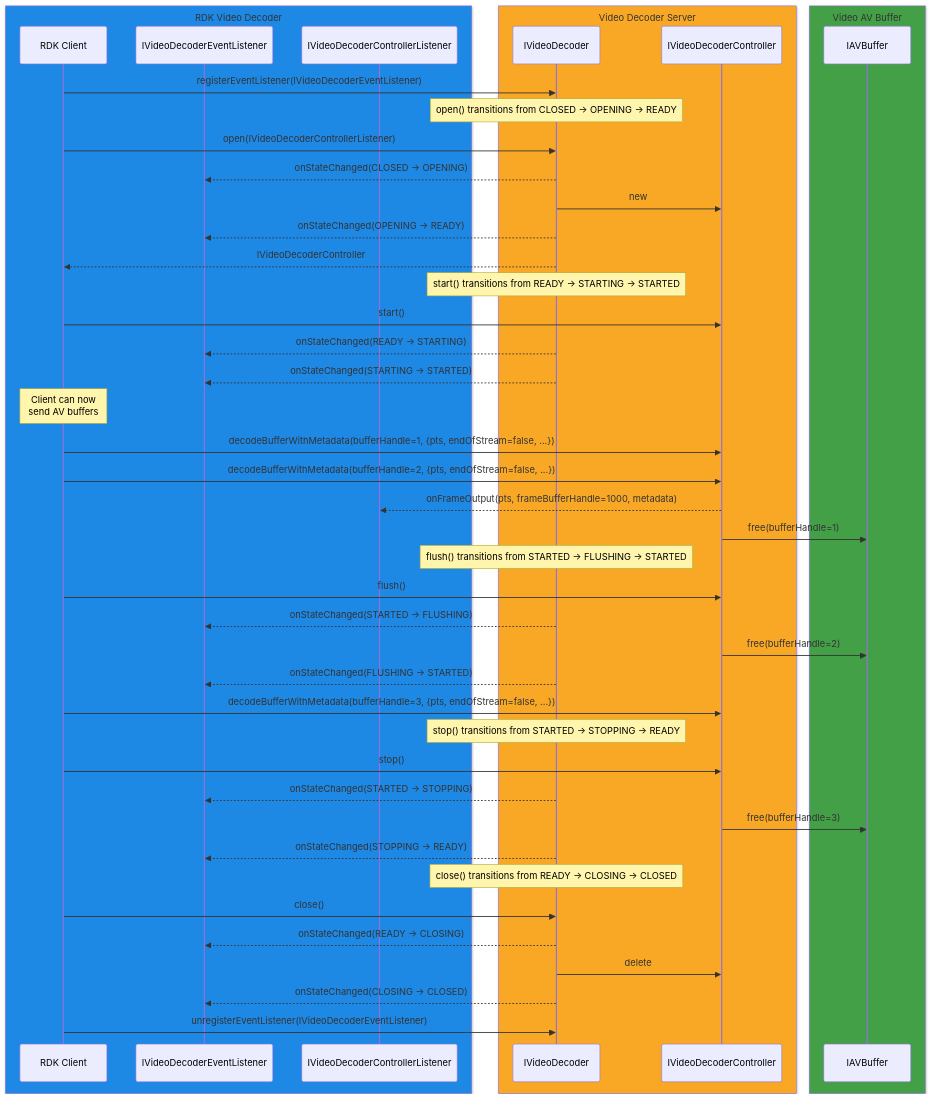
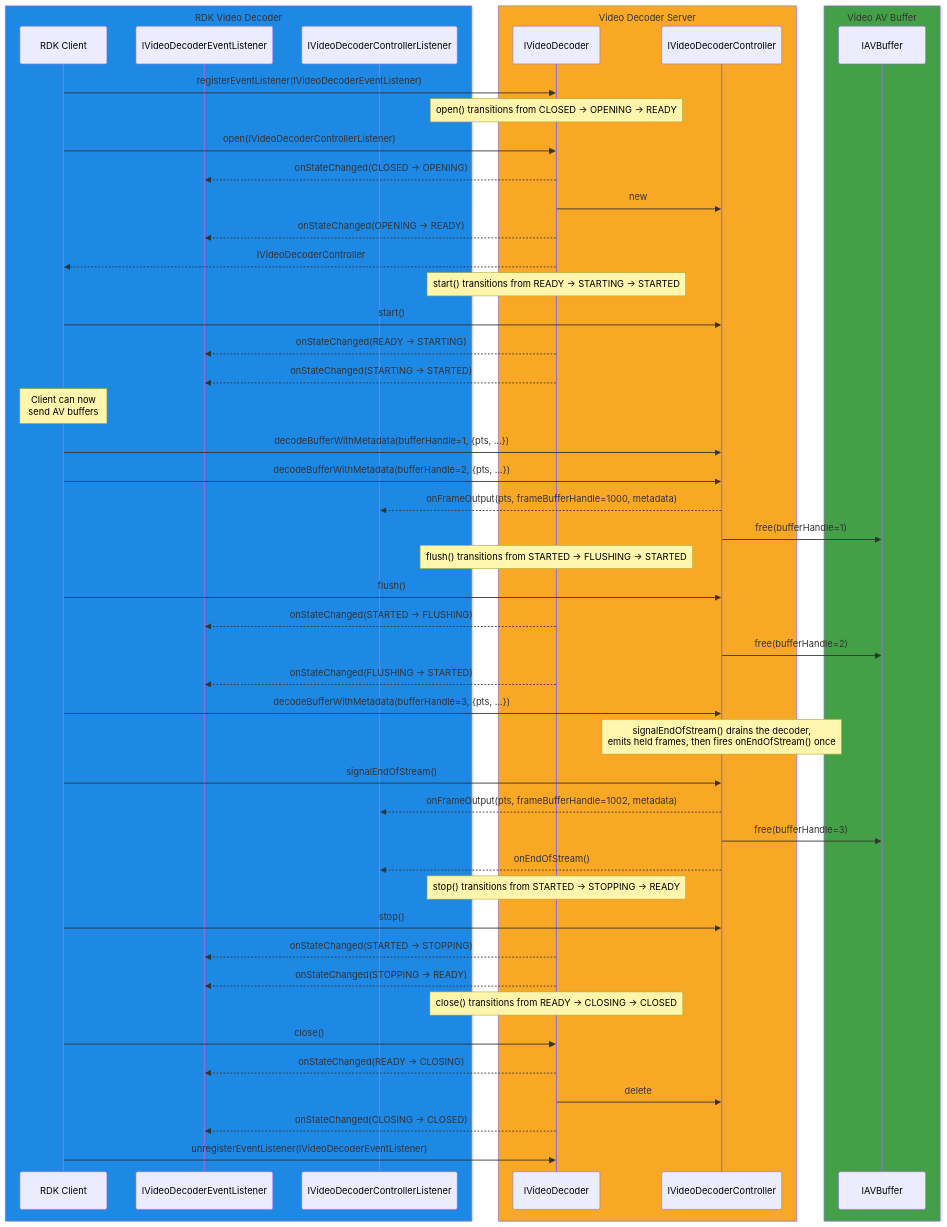
The third of 3 diagrams in videodecoder/current/docs/video_decoder.md (rdkcentral/rdk-halif-aidl), drawn with Mermaid before and after one commit. The commit also changed other lines of this file, not shown here.

Commit message:
docs(videodecoder): correct EOS signalling to match AIDL — signalEndOfStream()/onEndOfStream() (#618)
The "End of Stream Signalling" section described EOS riding on
`InputBufferMetadata.endOfStream` (input) and `FrameMetadata.endOfStream`
(output) — neither field exists in the AIDL. Since #492/#505 the contract is a
discrete signal:

  - Input:  IVideoDecoderController.signalEndOfStream() — the only input-side
            EOS path; drains the decoder. InputBufferMetadata has no EOS field.
  - Output: IVideoDecoderControllerListener.onEndOfStream() — fired once, in-band,
            after the final onFrameOutput() of the drained session.
  - In-bitstream marker: surfaced advisory-only via FrameMetadata.bitstreamEOS;
            triggers no callback and may recur at splice boundaries.

Also updates the state sequence diagram: drops the nonexistent
`endOfStream=false` metadata field from decodeBufferWithMetadata() and adds the
signalEndOfStream() → drain → onEndOfStream() flow (removing the now-redundant
free of the drained buffer on stop()).

Fixes #618

````diff
--- a/videodecoder/current/docs/video_decoder.md
+++ b/videodecoder/current/docs/video_decoder.md
@@ -429,63 +431,69 @@
 ```mermaid
 sequenceDiagram
     box rgb(30,136,229) RDK Video Decoder
         participant Client as RDK Client
         participant IVideoDecoderEventListener
         participant IVideoDecoderControllerListener
     end
     box rgb(249,168,37) Video Decoder Server
         participant ADC as IVideoDecoder
         participant Controller as IVideoDecoderController
     end
     box rgb(67,160,71) Video AV Buffer
         participant IAVBuffer as IAVBuffer
     end
 
     Client->>ADC: registerEventListener(IVideoDecoderEventListener)
 
     Note over ADC: open() transitions from CLOSED -> OPENING -> READY
 
     Client->>ADC: open(IVideoDecoderControllerListener)
     ADC-->>IVideoDecoderEventListener: onStateChanged(CLOSED -> OPENING)
     ADC->>Controller: new
     ADC-->>IVideoDecoderEventListener: onStateChanged(OPENING -> READY)
     ADC-->>Client: IVideoDecoderController
 
     Note over ADC: start() transitions from READY -> STARTING -> STARTED
 
     Client->>Controller: start()
     ADC-->>IVideoDecoderEventListener: onStateChanged(READY -> STARTING)
     ADC-->>IVideoDecoderEventListener: onStateChanged(STARTING -> STARTED)
 
     Note over Client: Client can now<br>send AV buffers
 
-    Client->>Controller: decodeBufferWithMetadata(bufferHandle=1, {pts, endOfStream=false, ...})
-    Client->>Controller: decodeBufferWithMetadata(bufferHandle=2, {pts, endOfStream=false, ...})
+    Client->>Controller: decodeBufferWithMetadata(bufferHandle=1, {pts, ...})
+    Client->>Controller: decodeBufferWithMetadata(bufferHandle=2, {pts, ...})
     Controller-->>IVideoDecoderControllerListener: onFrameOutput(pts, frameBufferHandle=1000, metadata)
     Controller->>IAVBuffer: free(bufferHandle=1)
 
     Note over ADC: flush() transitions from STARTED -> FLUSHING -> STARTED
 
     Client->>Controller: flush()
     ADC-->>IVideoDecoderEventListener: onStateChanged(STARTED -> FLUSHING)
     Controller->>IAVBuffer: free(bufferHandle=2)
     ADC-->>IVideoDecoderEventListener: onStateChanged(FLUSHING -> STARTED)
 
-    Client->>Controller: decodeBufferWithMetadata(bufferHandle=3, {pts, endOfStream=false, ...})
+    Client->>Controller: decodeBufferWithMetadata(bufferHandle=3, {pts, ...})
+
+    Note over Controller: signalEndOfStream() drains the decoder,<br>emits held frames, then fires onEndOfStream() once
+
+    Client->>Controller: signalEndOfStream()
+    Controller-->>IVideoDecoderControllerListener: onFrameOutput(pts, frameBufferHandle=1002, metadata)
+    Controller->>IAVBuffer: free(bufferHandle=3)
+    Controller-->>IVideoDecoderControllerListener: onEndOfStream()
 
     Note over ADC: stop() transitions from STARTED -> STOPPING -> READY
 
     Client->>Controller: stop()
     ADC-->>IVideoDecoderEventListener: onStateChanged(STARTED -> STOPPING)
-    Controller->>IAVBuffer: free(bufferHandle=3)
     ADC-->>IVideoDecoderEventListener: onStateChanged(STOPPING -> READY)
 
     Note over ADC: close() transitions from READY -> CLOSING -> CLOSED
 
     Client->>ADC: close()
     ADC-->>IVideoDecoderEventListener: onStateChanged(READY -> CLOSING)
     ADC->>Controller: delete
     ADC-->>IVideoDecoderEventListener: onStateChanged(CLOSING -> CLOSED)
 
     Client->>ADC: unregisterEventListener(IVideoDecoderEventListener)
 ```
````
